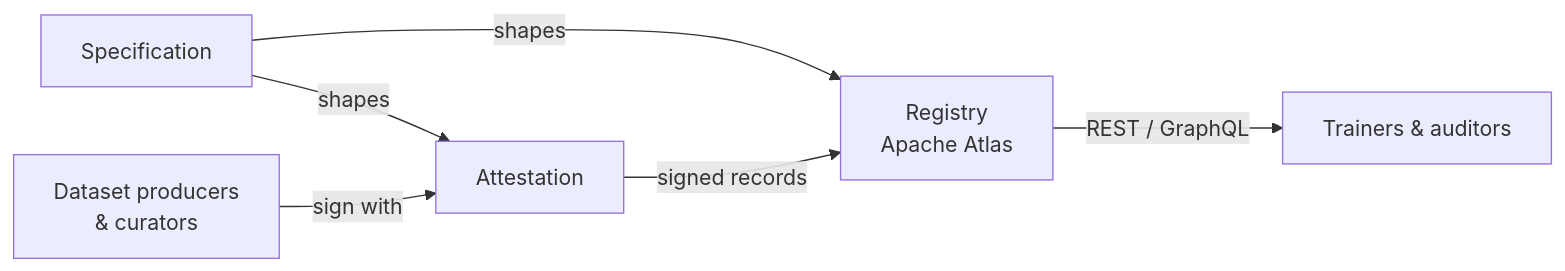
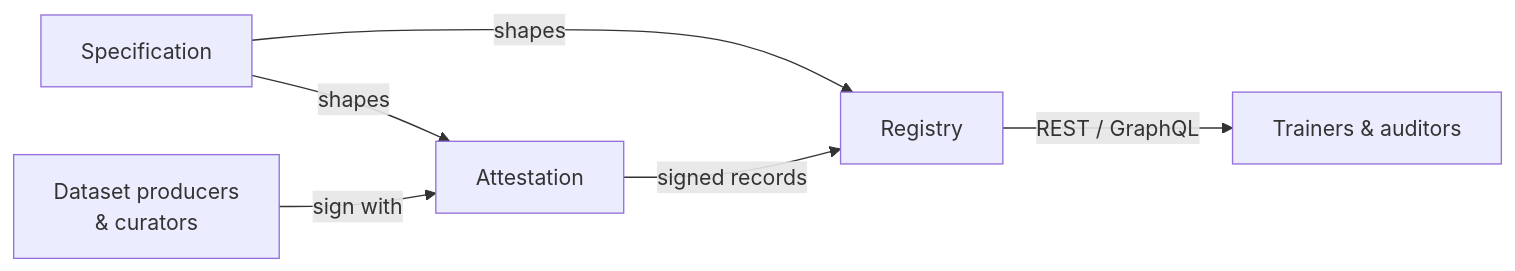
One commit to apache/sourcelume-site changed the first of 2 diagrams in content/pages/index.md. Above: the diagram before and after it, drawn with Mermaid. The commit also changed other lines of this file and 2 other files, not shown here.

First line of the commit message:
Update registry docs for pluggable storage backends (#14)

````diff
--- a/content/pages/index.md
+++ b/content/pages/index.md
@@ -30,8 +30,8 @@
 ```mermaid
 graph LR
     SPEC[Specification] -->|shapes| ATTEST[Attestation]
     SPEC -->|shapes| REG[Registry]
     PROD[Dataset producers<br/>& curators] -->|sign with| ATTEST
-    ATTEST -->|signed records| REG[Registry<br/>Apache Atlas]
+    ATTEST -->|signed records| REG[Registry]
     REG -->|REST / GraphQL| USERS[Trainers & auditors]
 ```
````
